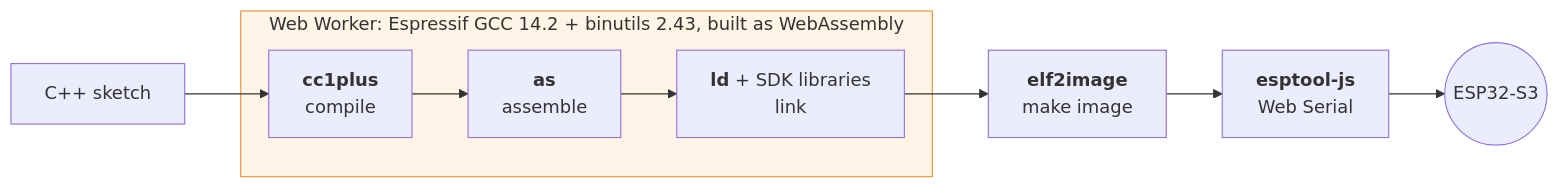
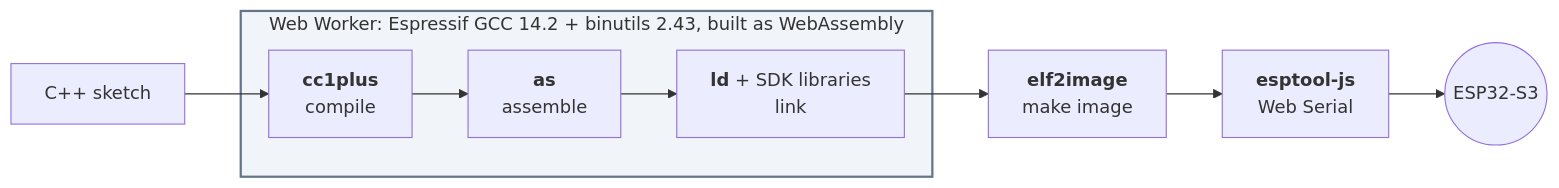
The diagram in README.md (Kalo08/esp32-wasm-toolchain), drawn with Mermaid before and after one commit. The commit also changed other lines of this file and 24 other files, not shown here.

````diff
--- a/README.md
+++ b/README.md
@@ -48,15 +48,15 @@
 ```mermaid
 flowchart LR
     A["C++ sketch"] --> B["<b>cc1plus</b><br/>compile"]
     B --> C["<b>as</b><br/>assemble"]
     C --> D["<b>ld</b> + SDK libraries<br/>link"]
     D --> E["<b>elf2image</b><br/>make image"]
     E --> F["<b>esptool-js</b><br/>Web Serial"]
     F --> G(("ESP32-S3"))
     subgraph W["Web Worker: Espressif GCC 14.2 + binutils 2.43, built as WebAssembly"]
         B
         C
         D
     end
-    style W fill:#fff4e6,stroke:#e69138
+    style W fill:#F1F5F9,stroke:#64748B,stroke-width:2px
 ```
````
